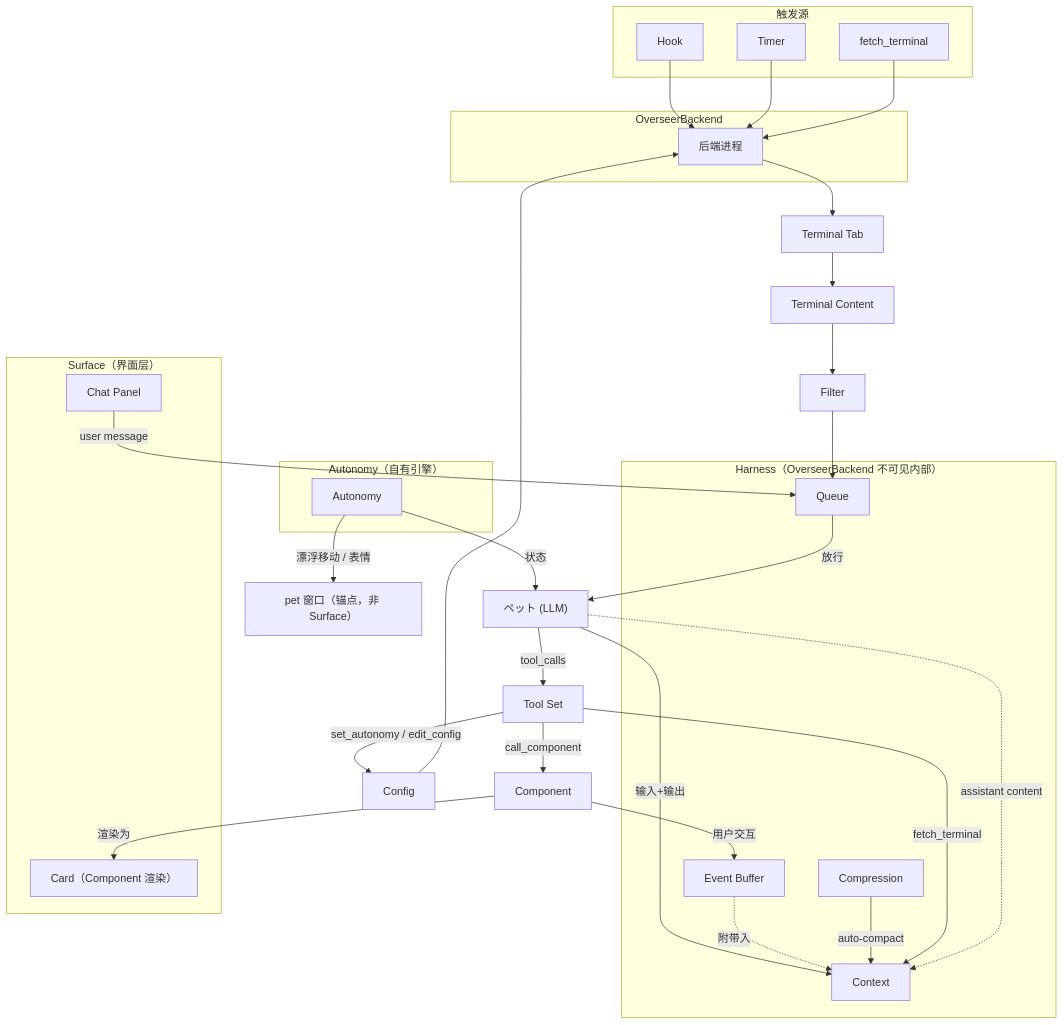
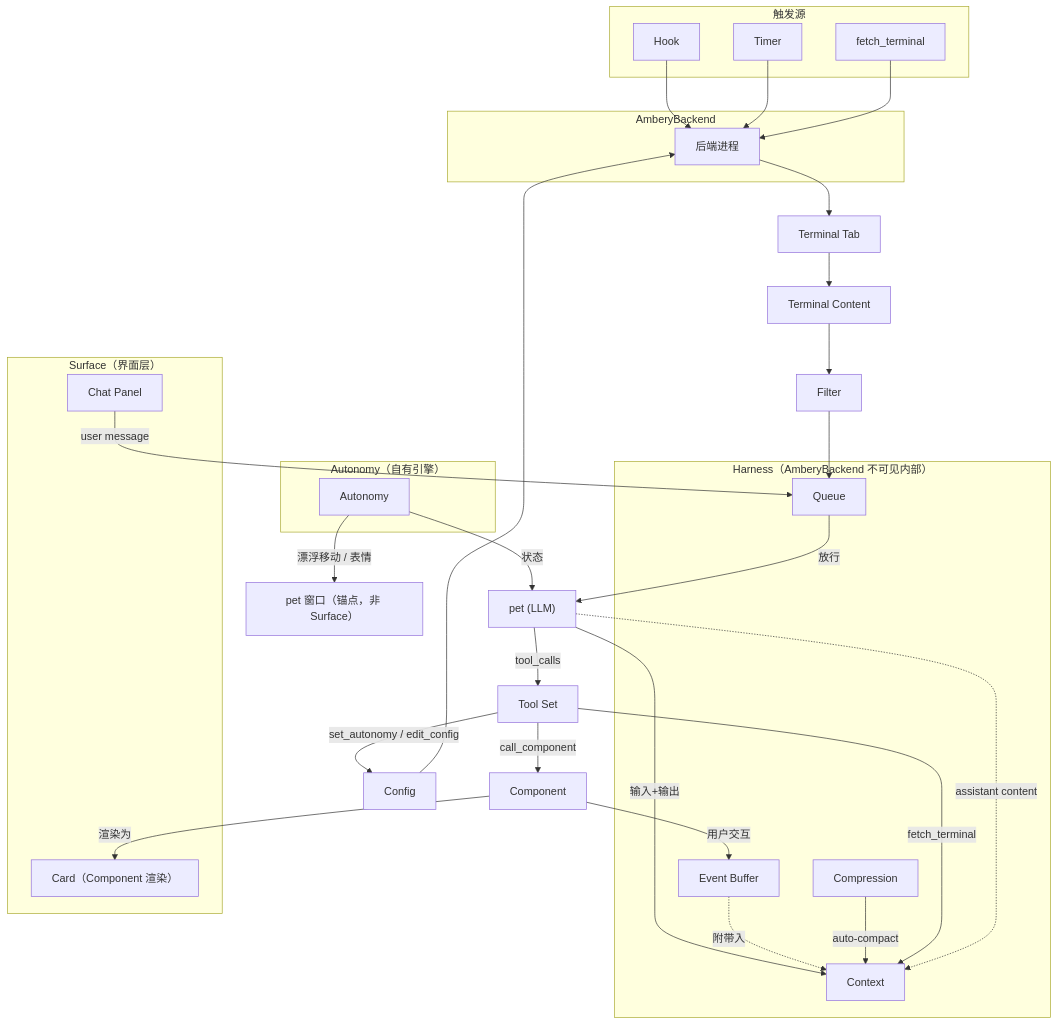
Before and after one commit to ambery-ai/ambery: the diagram in concepts.md, drawn with Mermaid. The commit also changed other lines of this file and 91 other files, not shown here.

First line of the commit message:
refactor: terminal-overseer → ambery 全套改名

````diff
--- a/concepts.md
+++ b/concepts.md
@@ -293,60 +293,60 @@
 ```mermaid
 flowchart TD
     subgraph Trigger["触发源"]
         Hook["Hook"]
         Timer["Timer"]
         FetchTerminal["fetch_terminal"]
     end
 
-    subgraph Backend["OverseerBackend"]
+    subgraph Backend["AmberyBackend"]
         OV["后端进程"]
     end
 
     Config["Config"] --> OV
     Hook --> OV
     Timer --> OV
     FetchTerminal --> OV
 
     OV --> Tab["Terminal Tab"]
     Tab --> Content["Terminal Content"]
     Content --> Filter["Filter"]
     Filter --> Queue["Queue"]
 
-    subgraph Harness["Harness（OverseerBackend 不可见内部）"]
+    subgraph Harness["Harness（AmberyBackend 不可见内部）"]
         Queue
         EventBuffer["Event Buffer"]
         Compression["Compression"]
         Context
     end
 
     subgraph Surface["Surface（界面层）"]
         ChatPanel["Chat Panel"]
         Card["Card（Component 渲染）"]
     end
 
     PetWin["pet 窗口（锚点，非 Surface）"]
 
     ChatPanel -->|"user message"| Queue
-    Queue -->|"放行"| Pet["ペット (LLM)"]
+    Queue -->|"放行"| Pet["pet (LLM)"]
     Pet -->|"输入+输出"| Context
 
     EventBuffer -.->|"附带入"| Context
     Compression -->|"auto-compact"| Context
 
     Pet -->|"tool_calls"| ToolSet["Tool Set"]
     ToolSet -->|"call_component"| Component["Component"]
     Component -->|"渲染为"| Card
     ToolSet -->|"fetch_terminal"| Context
     ToolSet -->|"set_autonomy / edit_config"| Config
 
     Component -->|"用户交互"| EventBuffer
 
     subgraph AutonomyEngine["Autonomy（自有引擎）"]
         Autonomy["Autonomy"]
     end
 
     Autonomy -->|"状态"| Pet
     Autonomy -->|"漂浮移动 / 表情"| PetWin
 
     Pet -.->|"assistant content"| Context
 ```
````
